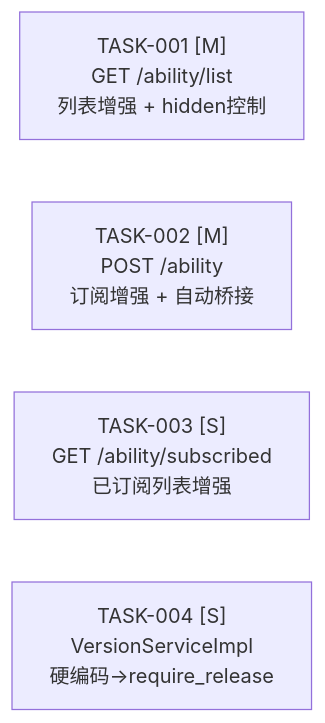
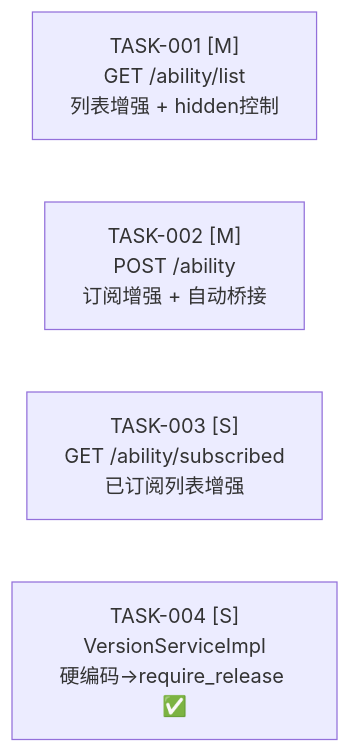
One commit to THZSummer/open-app changed the diagram in .sddu/specs-tree-root/specs-tree-ability-embedding/specs-tree-embedding-open/tasks.md. Above: the diagram before and after it, drawn with Mermaid. The commit also changed other lines of this file and 1 other file, not shown here.

Commit message:
docs: mark TASK-004 as completed in state.json and tasks.md

````diff
--- a/.sddu/specs-tree-root/specs-tree-ability-embedding/specs-tree-embedding-open/tasks.md
+++ b/.sddu/specs-tree-root/specs-tree-ability-embedding/specs-tree-embedding-open/tasks.md
@@ -26,7 +26,7 @@
 ```mermaid
 graph LR
     T1["TASK-001 [M]<br/>GET /ability/list<br/>列表增强 + hidden控制"]
     T2["TASK-002 [M]<br/>POST /ability<br/>订阅增强 + 自动桥接"]
     T3["TASK-003 [S]<br/>GET /ability/subscribed<br/>已订阅列表增强"]
-    T4["TASK-004 [S]<br/>VersionServiceImpl<br/>硬编码→require_release"]
+    T4["TASK-004 [S]<br/>VersionServiceImpl<br/>硬编码→require_release ✅"]
 ```
````
